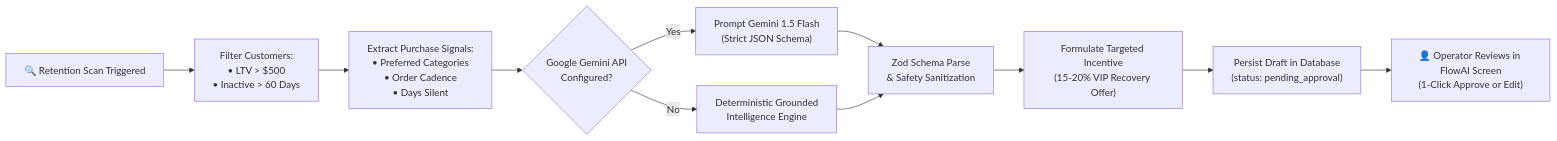
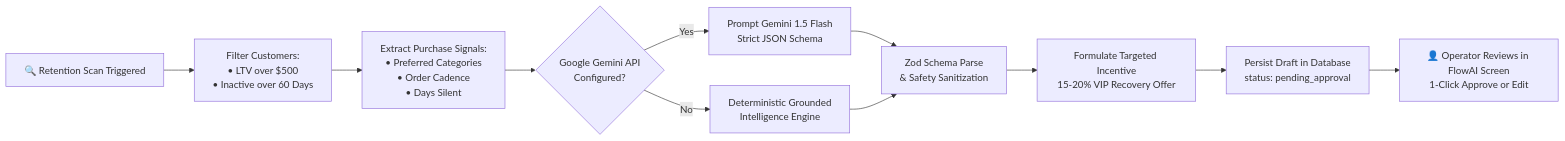
One commit to ByteLounge/CRM changed the fifth of 6 diagrams in README.md. Above: the diagram before and after it, drawn with Mermaid. The commit also changed other lines of this file, not shown here.

Commit message:
fix(docs): fix Mermaid edge label syntax and unquoted parentheses for GitHub parser

````diff
--- a/README.md
+++ b/README.md
@@ -270,17 +270,17 @@
 ```mermaid
 flowchart LR
-    ScanTrigger["🔍 Retention Scan Triggered"] --> FilterCustomers["Filter Customers:<br/>• LTV > $500<br/>• Inactive > 60 Days"]
+    ScanTrigger["🔍 Retention Scan Triggered"] --> FilterCustomers["Filter Customers:<br/>• LTV over $500<br/>• Inactive over 60 Days"]
     FilterCustomers --> ComputeSignals["Extract Purchase Signals:<br/>• Preferred Categories<br/>• Order Cadence<br/>• Days Silent"]
     
     ComputeSignals --> EngineSelect{"Google Gemini API<br/>Configured?"}
     
-    EngineSelect -- Yes --> GeminiPrompt["Prompt Gemini 1.5 Flash<br/>(Strict JSON Schema)"]
-    EngineSelect -- No --> HeuristicEngine["Deterministic Grounded<br/>Intelligence Engine"]
+    EngineSelect -- "Yes" --> GeminiPrompt["Prompt Gemini 1.5 Flash<br/>Strict JSON Schema"]
+    EngineSelect -- "No" --> HeuristicEngine["Deterministic Grounded<br/>Intelligence Engine"]
     
     GeminiPrompt --> ZodValidation["Zod Schema Parse<br/>& Safety Sanitization"]
     HeuristicEngine --> ZodValidation
 
-    ZodValidation --> FormulateOffer["Formulate Targeted Incentive<br/>(15-20% VIP Recovery Offer)"]
-    FormulateOffer --> AutoDraft["Persist Draft in Database<br/>(status: pending_approval)"]
-    AutoDraft --> OperatorReview["👤 Operator Reviews in FlowAI Screen<br/>(1-Click Approve or Edit)"]
+    ZodValidation --> FormulateOffer["Formulate Targeted Incentive<br/>15-20% VIP Recovery Offer"]
+    FormulateOffer --> AutoDraft["Persist Draft in Database<br/>status: pending_approval"]
+    AutoDraft --> OperatorReview["👤 Operator Reviews in FlowAI Screen<br/>1-Click Approve or Edit"]
 ```
````
